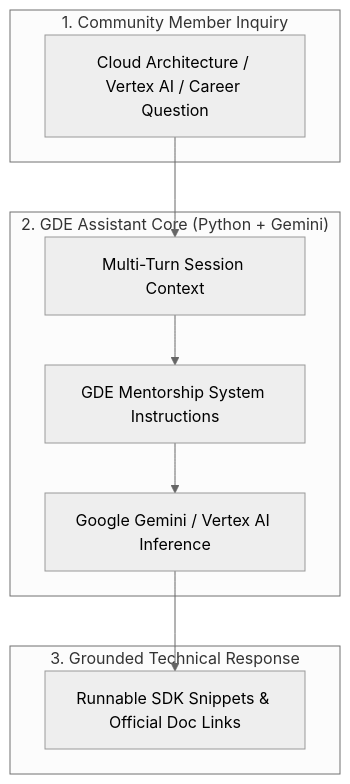
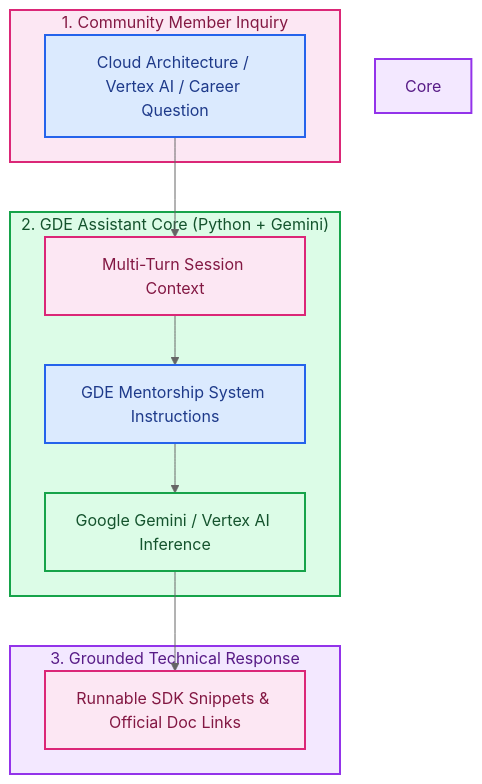
Before and after one commit to RobinaMirbahar/GDE-Chatbot: the diagram in README.md, drawn with Mermaid (neutral theme). The commit also changed other lines of this file, not shown here.

Commit message:
docs: add 3-line Author & Companion Publication header, color-coded Mermaid diagram, and remove repetitive footer

````diff
--- a/README.md
+++ b/README.md
@@ -23,15 +23,24 @@
 ```mermaid
 flowchart TD
     subgraph Dev ["1. Community Member Inquiry"]
         D_Q["Cloud Architecture / Vertex AI / Career Question"]
     end
     subgraph Bot ["2. GDE Assistant Core (Python + Gemini)"]
         B_Mem["Multi-Turn Session Context"]
         B_Prompt["GDE Mentorship System Instructions"]
         B_LLM["Google Gemini / Vertex AI Inference"]
     end
     subgraph Ans ["3. Grounded Technical Response"]
         A_Code["Runnable SDK Snippets & Official Doc Links"]
     end
     D_Q --> B_Mem --> B_Prompt --> B_LLM --> A_Code
+    style Dev fill:#fce7f3,stroke:#db2777,stroke-width:2px,color:#831843
+    style D_Q fill:#dbeafe,stroke:#2563eb,stroke-width:2px,color:#1e3a8a
+    style Bot fill:#dcfce7,stroke:#16a34a,stroke-width:2px,color:#14532d
+    style Core fill:#f3e8ff,stroke:#9333ea,stroke-width:2px,color:#581c87
+    style B_Mem fill:#fce7f3,stroke:#db2777,stroke-width:2px,color:#831843
+    style B_Prompt fill:#dbeafe,stroke:#2563eb,stroke-width:2px,color:#1e3a8a
+    style B_LLM fill:#dcfce7,stroke:#16a34a,stroke-width:2px,color:#14532d
+    style Ans fill:#f3e8ff,stroke:#9333ea,stroke-width:2px,color:#581c87
+    style A_Code fill:#fce7f3,stroke:#db2777,stroke-width:2px,color:#831843
 ```
````
